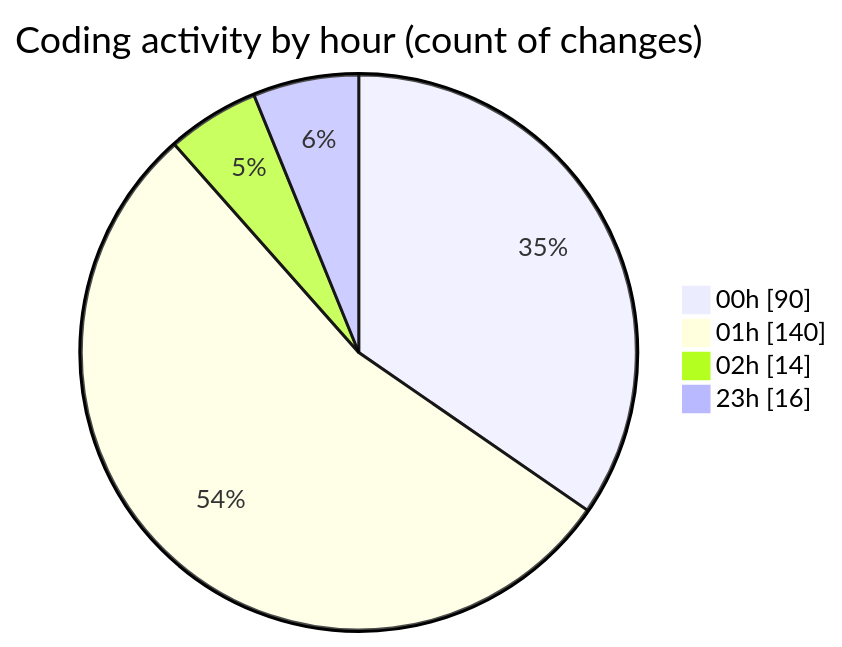
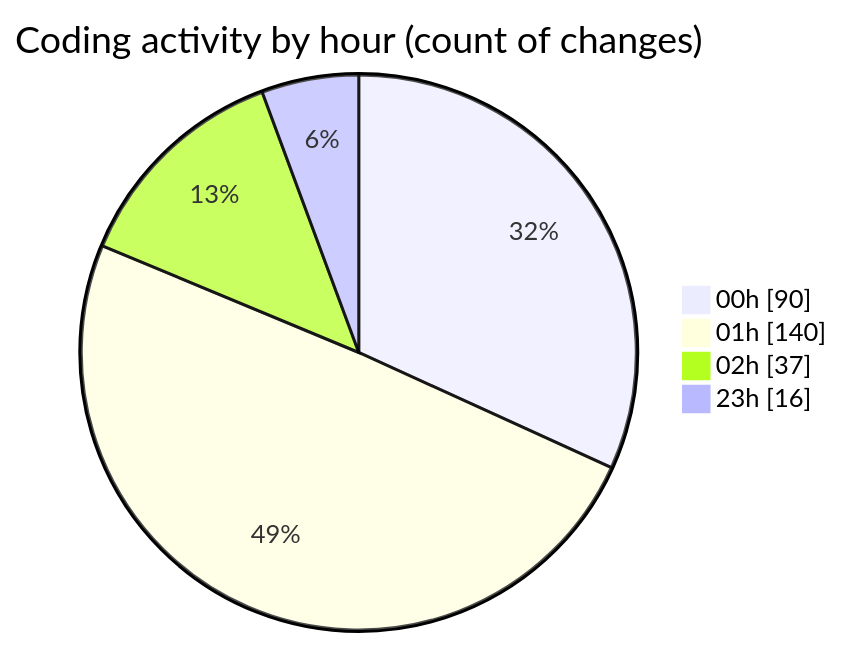
The second of 2 diagrams in 2025-05-26/projects/README.md (Ritupan-Deka/code-tracking), drawn with Mermaid before and after one commit. The commit also changed other lines of this file and 1 other file, not shown here.

````diff
--- a/2025-05-26/projects/README.md
+++ b/2025-05-26/projects/README.md
@@ -33,8 +33,8 @@
 ```mermaid
 pie showData
 title Coding activity by hour (count of changes)
 "00h" : 90
 "01h" : 140
-"02h" : 14
+"02h" : 37
 "23h" : 16
 ```
````
